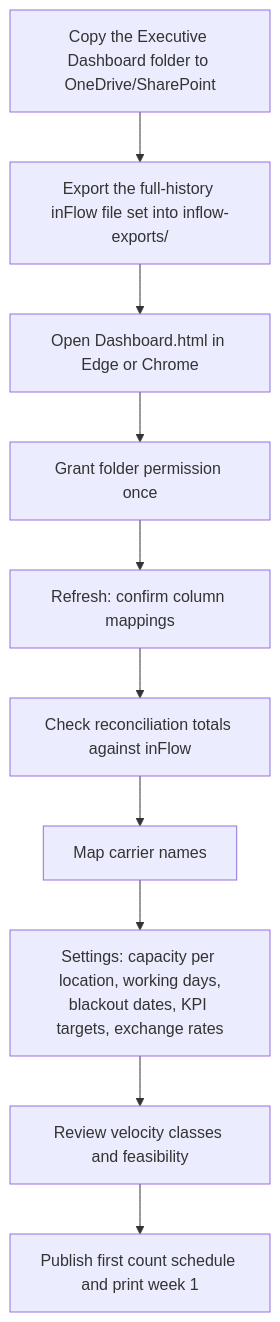
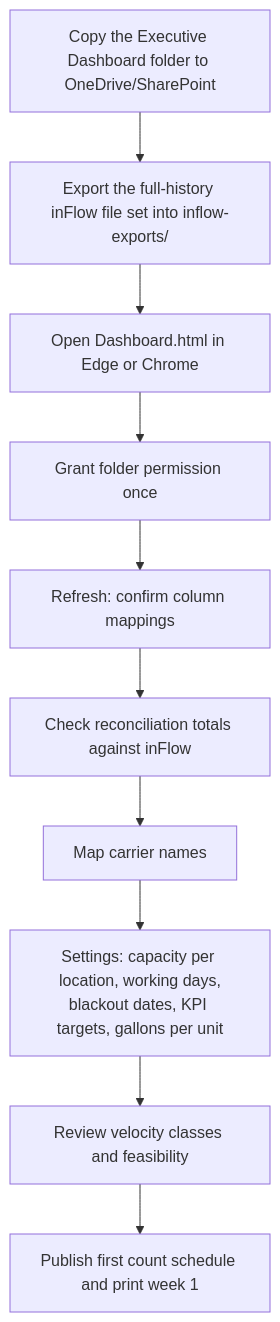
One commit to mdonaldson-prog/Dashboard changed the fifth of 8 diagrams in docs/SYSTEM_DESIGN.md. Above: the diagram before and after it, drawn with Mermaid. The commit also changed other lines of this file, not shown here.

First line of the commit message:
Update design with sample inFlow export findings and executive KPI list (v2.1)

````diff
--- a/docs/SYSTEM_DESIGN.md
+++ b/docs/SYSTEM_DESIGN.md
@@ -511,12 +580,12 @@
 ```mermaid
 flowchart TD
     A[Copy the Executive Dashboard folder to OneDrive/SharePoint] --> B[Export the full-history inFlow file set into inflow-exports/]
     B --> C[Open Dashboard.html in Edge or Chrome]
     C --> D[Grant folder permission once]
     D --> E[Refresh: confirm column mappings]
     E --> F[Check reconciliation totals against inFlow]
     F --> G[Map carrier names]
-    G --> H[Settings: capacity per location, working days,<br/>blackout dates, KPI targets, exchange rates]
+    G --> H[Settings: capacity per location, working days,<br/>blackout dates, KPI targets, gallons per unit]
     H --> I[Review velocity classes and feasibility]
     I --> J[Publish first count schedule and print week 1]
 ```
````
